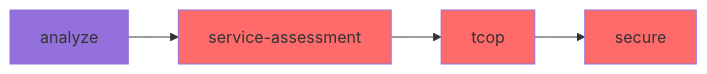
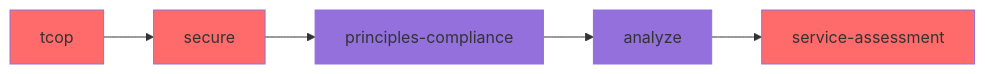
One commit to tractorjuice/arckit-test-project-v8-ons-data-platform changed the ninth of 9 diagrams in WORKFLOW-DIAGRAMS.md. Above: the diagram before and after it, drawn with Mermaid. The commit also changed other lines of this file and 1 other file, not shown here.

Commit message:
chore: sync DEPENDENCY-MATRIX.md and WORKFLOW-DIAGRAMS.md from arc-kit

````diff
--- a/WORKFLOW-DIAGRAMS.md
+++ b/WORKFLOW-DIAGRAMS.md
@@ -646,11 +667,13 @@
 ```mermaid
 graph LR
-    A[analyze] --> B[service-assessment]
-    B --> C[tcop]
-    C --> D[secure]
+    A[tcop] --> B[secure]
+    B --> C[principles-compliance]
+    C --> D[analyze]
+    D --> E[service-assessment]
 
-    style A fill:#9370DB
+    style A fill:#FF6B6B
     style B fill:#FF6B6B
-    style C fill:#FF6B6B
-    style D fill:#FF6B6B
+    style C fill:#9370DB
+    style D fill:#9370DB
+    style E fill:#FF6B6B
 ```
````
